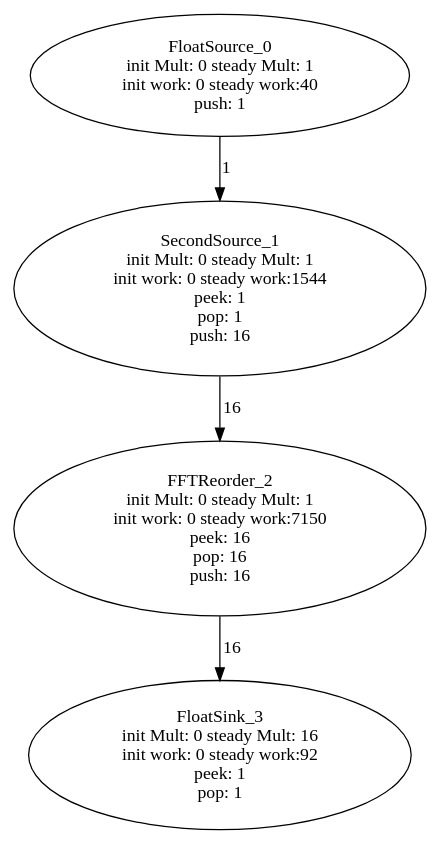
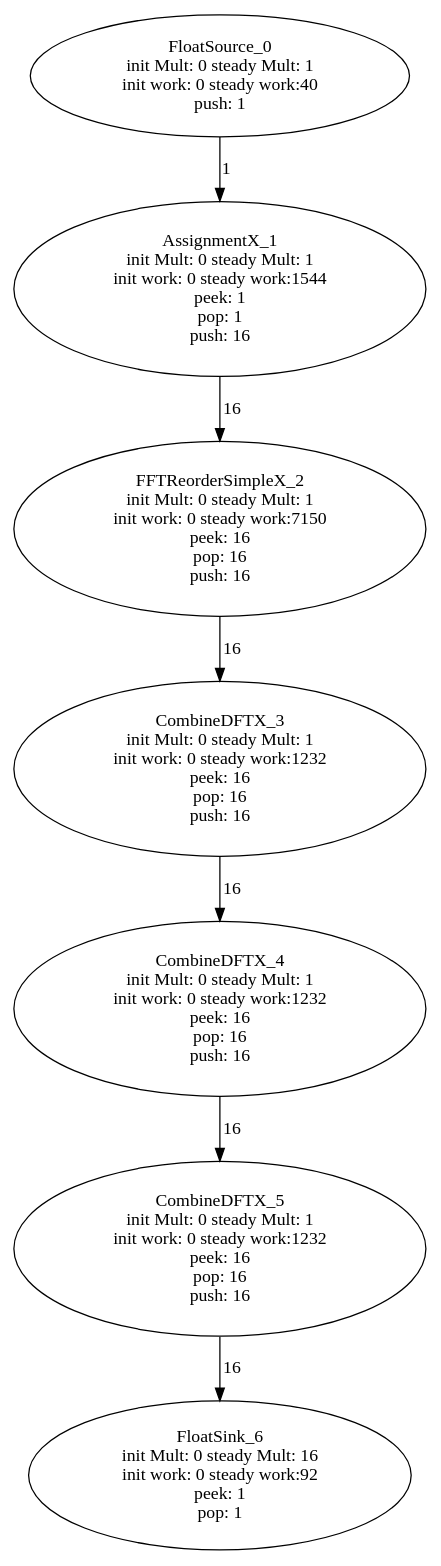
Before and after one commit to DML308/COStreamPP: the diagram in src/flatgraph.dot, drawn with Graphviz. The commit also changed 5 other files, not shown here.

```diff
--- a/src/flatgraph.dot
+++ b/src/flatgraph.dot
@@ -1,9 +1,15 @@
 digraph Flattend {
 
-FloatSource_0[ label = "FloatSource_0\ninit Mult: 0 steady Mult: 1\ninit work: 0 steady work:40\n push: 1\n"]FloatSource_0 -> SecondSource_1[label="1"];
+FloatSource_0[ label = "FloatSource_0\ninit Mult: 0 steady Mult: 1\ninit work: 0 steady work:40\n push: 1\n"]FloatSource_0 -> AssignmentX_1[label="1"];
 
-SecondSource_1[ label = "SecondSource_1\ninit Mult: 0 steady Mult: 1\ninit work: 0 steady work:1544\n peek: 1\n pop: 1\n push: 16\n"]SecondSource_1 -> FFTReorder_2[label="16"];
+AssignmentX_1[ label = "AssignmentX_1\ninit Mult: 0 steady Mult: 1\ninit work: 0 steady work:1544\n peek: 1\n pop: 1\n push: 16\n"]AssignmentX_1 -> FFTReorderSimpleX_2[label="16"];
 
-FFTReorder_2[ label = "FFTReorder_2\ninit Mult: 0 steady Mult: 1\ninit work: 0 steady work:7150\n peek: 16\n pop: 16\n push: 16\n"]FFTReorder_2 -> FloatSink_3[label="16"];
+FFTReorderSimpleX_2[ label = "FFTReorderSimpleX_2\ninit Mult: 0 steady Mult: 1\ninit work: 0 steady work:7150\n peek: 16\n pop: 16\n push: 16\n"]FFTReorderSimpleX_2 -> CombineDFTX_3[label="16"];
 
-FloatSink_3[ label = "FloatSink_3\ninit Mult: 0 steady Mult: 16\ninit work: 0 steady work:92\n peek: 1\n pop: 1\n"]}
+CombineDFTX_3[ label = "CombineDFTX_3\ninit Mult: 0 steady Mult: 1\ninit work: 0 steady work:1232\n peek: 16\n pop: 16\n push: 16\n"]CombineDFTX_3 -> CombineDFTX_4[label="16"];
+
+CombineDFTX_4[ label = "CombineDFTX_4\ninit Mult: 0 steady Mult: 1\ninit work: 0 steady work:1232\n peek: 16\n pop: 16\n push: 16\n"]CombineDFTX_4 -> CombineDFTX_5[label="16"];
+
+CombineDFTX_5[ label = "CombineDFTX_5\ninit Mult: 0 steady Mult: 1\ninit work: 0 steady work:1232\n peek: 16\n pop: 16\n push: 16\n"]CombineDFTX_5 -> FloatSink_6[label="16"];
+
+FloatSink_6[ label = "FloatSink_6\ninit Mult: 0 steady Mult: 16\ninit work: 0 steady work:92\n peek: 1\n pop: 1\n"]}
```
